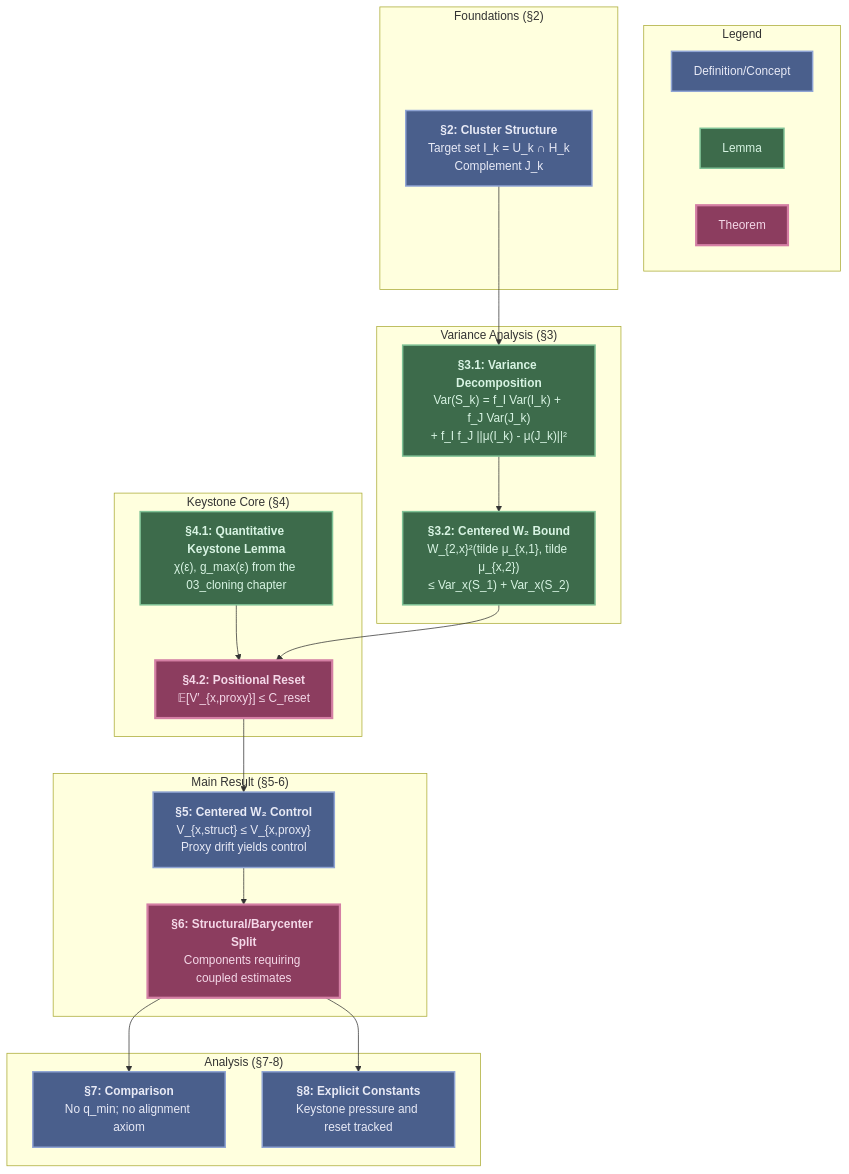
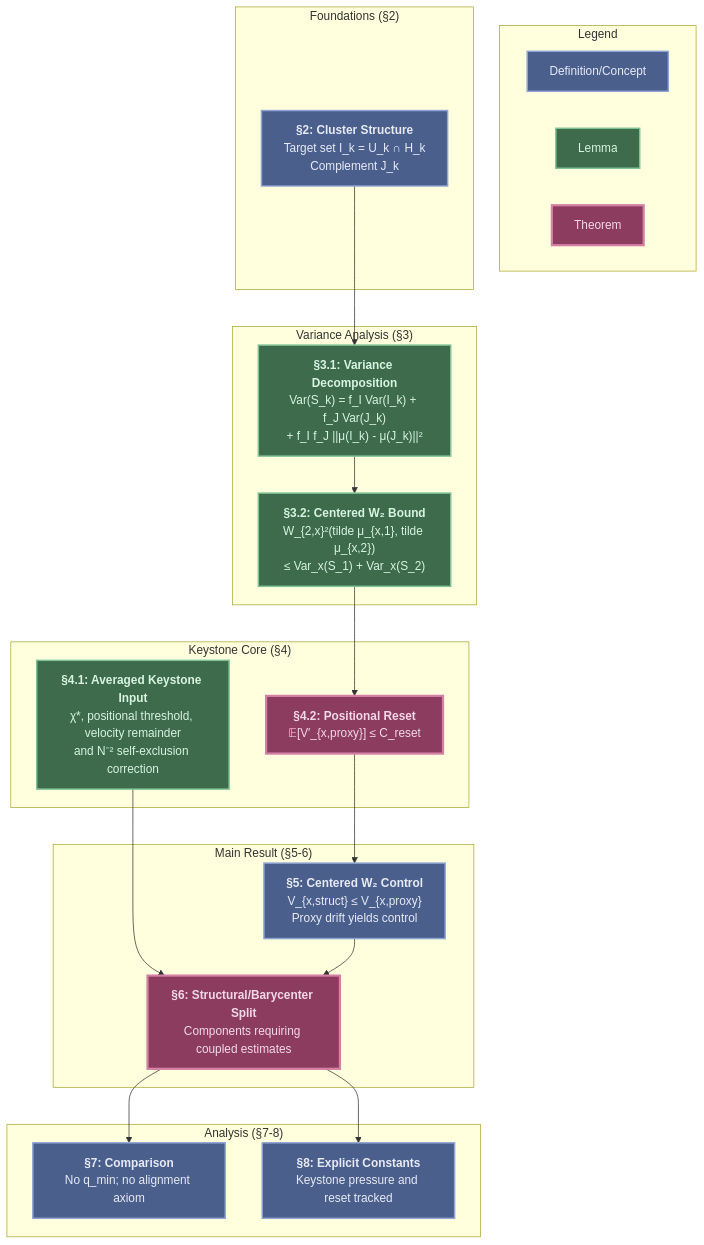
Before and after one commit to FragileTech/fragile: the diagram in docs/source/2_fractal_gas/convergence_program/04_wasserstein_contraction.md, drawn with Mermaid. The commit also changed other lines of this file and 563 other files, not shown here.

````diff
--- a/docs/source/2_fractal_gas/convergence_program/04_wasserstein_contraction.md
+++ b/docs/source/2_fractal_gas/convergence_program/04_wasserstein_contraction.md
@@ -122,46 +172,46 @@
 ```{mermaid}
 graph TD
     subgraph "Legend"
         L1["Definition/Concept"]:::stateStyle
         L2["Lemma"]:::lemmaStyle
         L3["Theorem"]:::theoremStyle
     end
 
     subgraph "Foundations (§2)"
         A["<b>§2: Cluster Structure</b><br>Target set I_k = U_k ∩ H_k<br>Complement J_k"]:::stateStyle
     end
 
     subgraph "Variance Analysis (§3)"
         B["<b>§3.1: Variance Decomposition</b><br>Var(S_k) = f_I Var(I_k) + f_J Var(J_k)<br>+ f_I f_J ||μ(I_k) - μ(J_k)||²"]:::lemmaStyle
         C["<b>§3.2: Centered W₂ Bound</b><br>W_{2,x}²(tilde μ_{x,1}, tilde μ_{x,2})<br>≤ Var_x(S_1) + Var_x(S_2)"]:::lemmaStyle
     end
 
     subgraph "Keystone Core (§4)"
-        D["<b>§4.1: Quantitative Keystone Lemma</b><br>χ(ε), g_max(ε) from the 03_cloning chapter"]:::lemmaStyle
+        D["<b>§4.1: Averaged Keystone Input</b><br>χ*, positional threshold, velocity remainder<br>and N⁻² self-exclusion correction"]:::lemmaStyle
         E["<b>§4.2: Positional Reset</b><br>𝔼[V′_{x,proxy}] ≤ C_reset"]:::theoremStyle
     end
 
     subgraph "Main Result (§5-6)"
         F["<b>§5: Centered W₂ Control</b><br>V_{x,struct} ≤ V_{x,proxy}<br>Proxy drift yields control"]:::stateStyle
         G["<b>§6: Structural/Barycenter Split</b><br>Components requiring coupled estimates"]:::theoremStyle
     end
 
     subgraph "Analysis (§7-8)"
         H["<b>§7: Comparison</b><br>No q_min; no alignment axiom"]:::stateStyle
         I["<b>§8: Explicit Constants</b><br>Keystone pressure and reset tracked"]:::stateStyle
     end
 
     A --> B
     B --> C
-    D --> E
+    D --> G
     C --> E
     E --> F
     F --> G
     G --> H
     G --> I
 
     classDef stateStyle fill:#4a5f8c,stroke:#8fa4d4,stroke-width:2px,color:#e8eaf6
     classDef axiomStyle fill:#8c6239,stroke:#d4a574,stroke-width:2px,stroke-dasharray: 5 5,color:#f4e8d8
     classDef lemmaStyle fill:#3d6b4b,stroke:#7fc296,stroke-width:2px,color:#d8f4e3
     classDef theoremStyle fill:#8c3d5f,stroke:#d47fa4,stroke-width:3px,color:#f4d8e8
 ```
````
